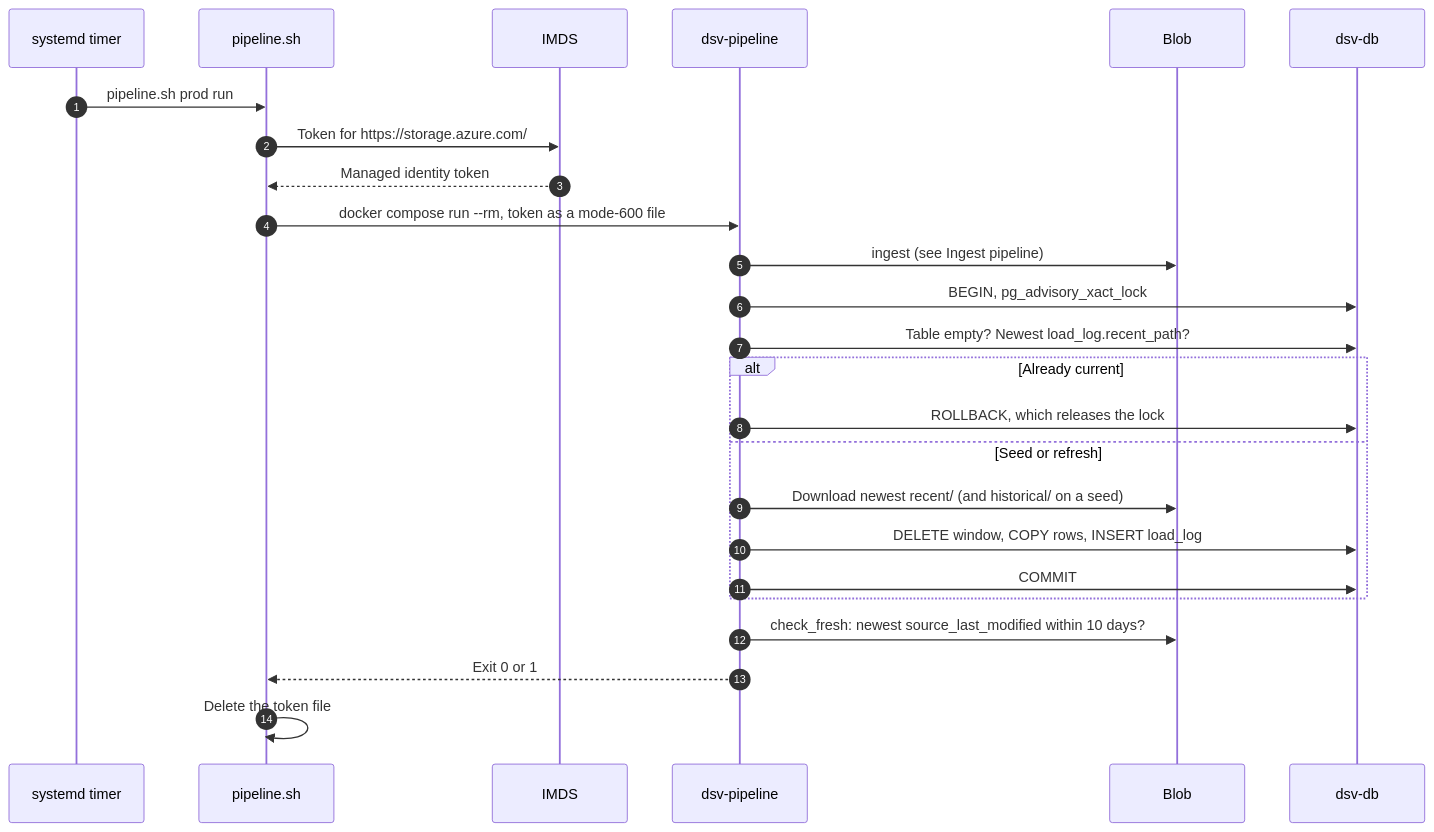
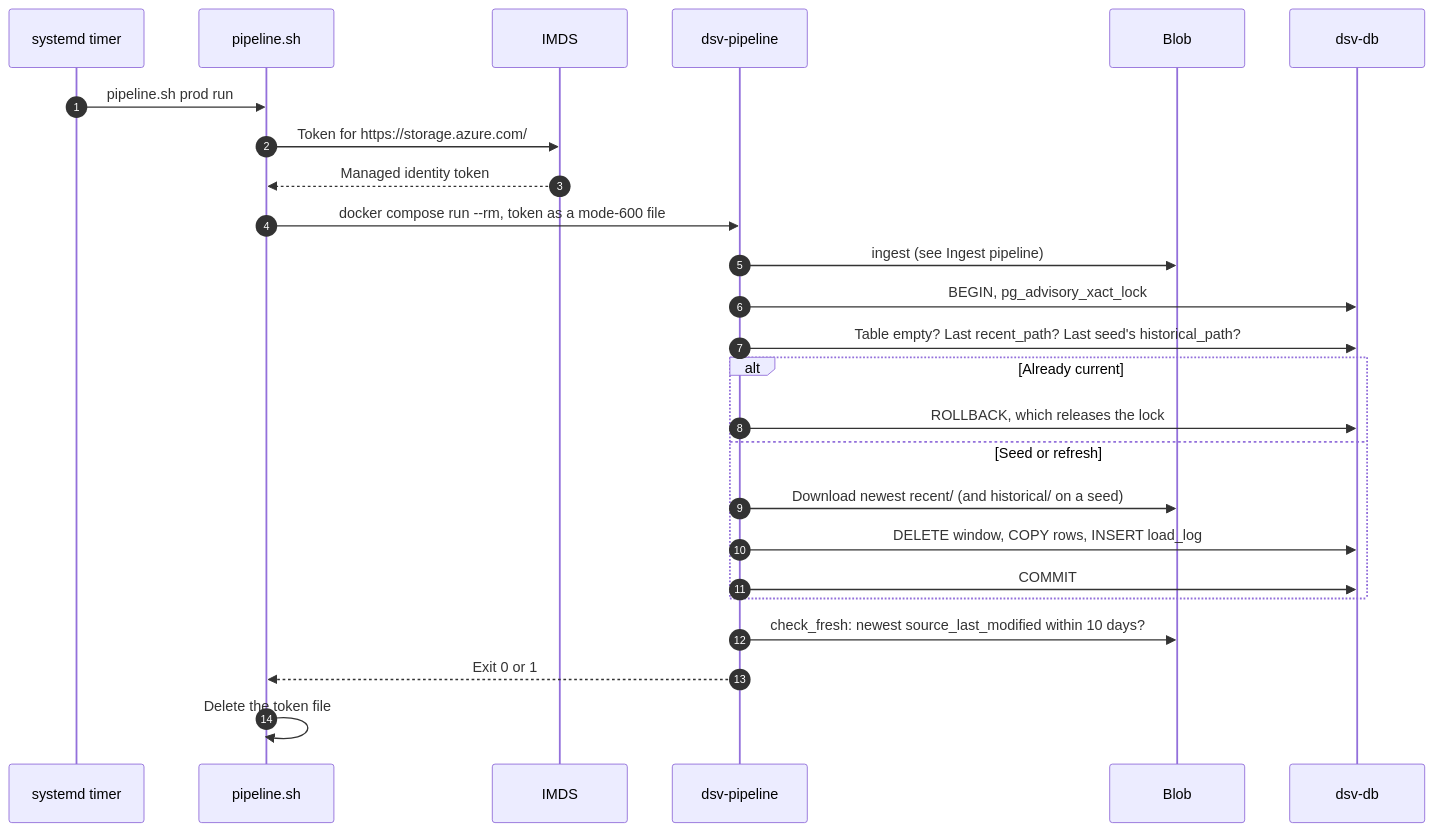
Before and after one commit to im-kenough/DineSafeViz: the first of 3 diagrams in docs-new/ref/3-7-datapipe-refresh.md, drawn with Mermaid. The commit also changed other lines of this file and 36 other files, not shown here.

````diff
--- a/docs-new/ref/3-7-datapipe-refresh.md
+++ b/docs-new/ref/3-7-datapipe-refresh.md
@@ -43,27 +43,27 @@
 ```mermaid
 sequenceDiagram
     autonumber
     participant T as systemd timer
     participant S as pipeline.sh
     participant I as IMDS
     participant P as dsv-pipeline
     participant B as Blob
     participant D as dsv-db
     T->>S: pipeline.sh prod run
     S->>I: Token for https://storage.azure.com/
     I-->>S: Managed identity token
     S->>P: docker compose run --rm, token as a mode-600 file
     P->>B: ingest (see Ingest pipeline)
     P->>D: BEGIN, pg_advisory_xact_lock
-    P->>D: Table empty? Newest load_log.recent_path?
+    P->>D: Table empty? Last recent_path? Last seed's historical_path?
     alt Already current
         P->>D: ROLLBACK, which releases the lock
     else Seed or refresh
         P->>B: Download newest recent/ (and historical/ on a seed)
         P->>D: DELETE window, COPY rows, INSERT load_log
         P->>D: COMMIT
     end
     P->>B: check_fresh: newest source_last_modified within 10 days?
     P-->>S: Exit 0 or 1
     S->>S: Delete the token file
 ```
````
